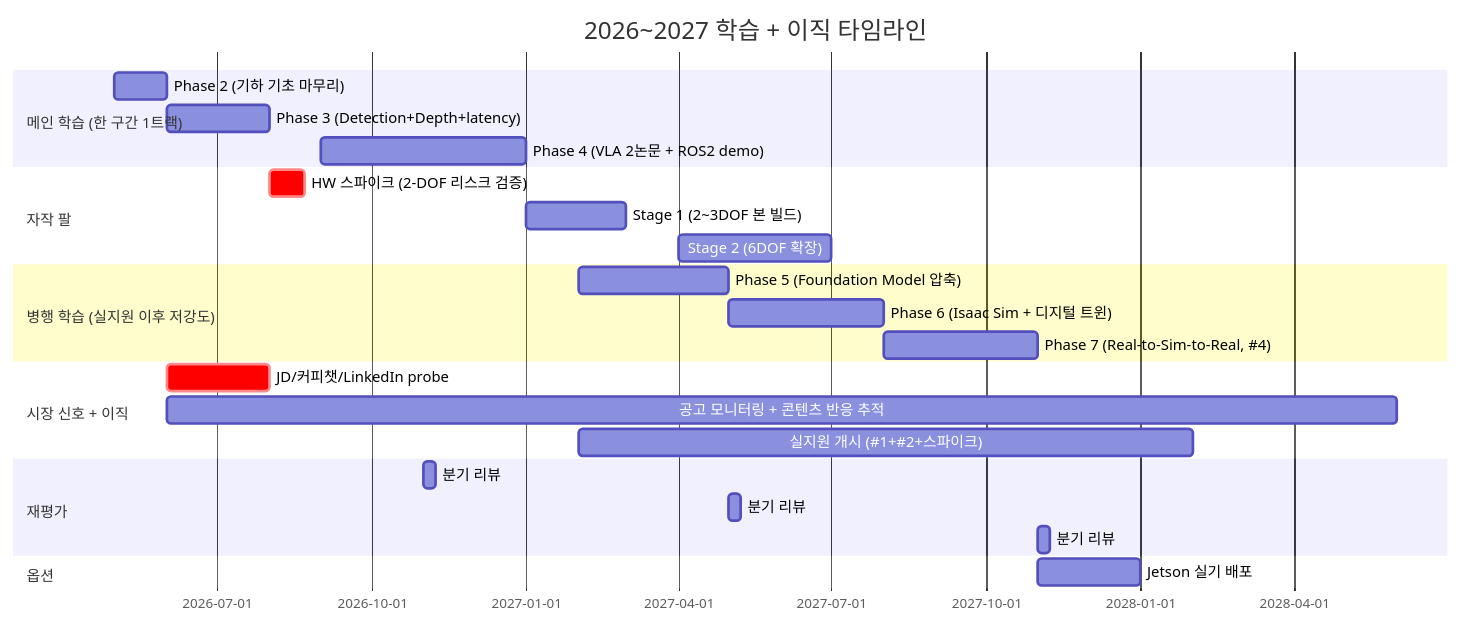
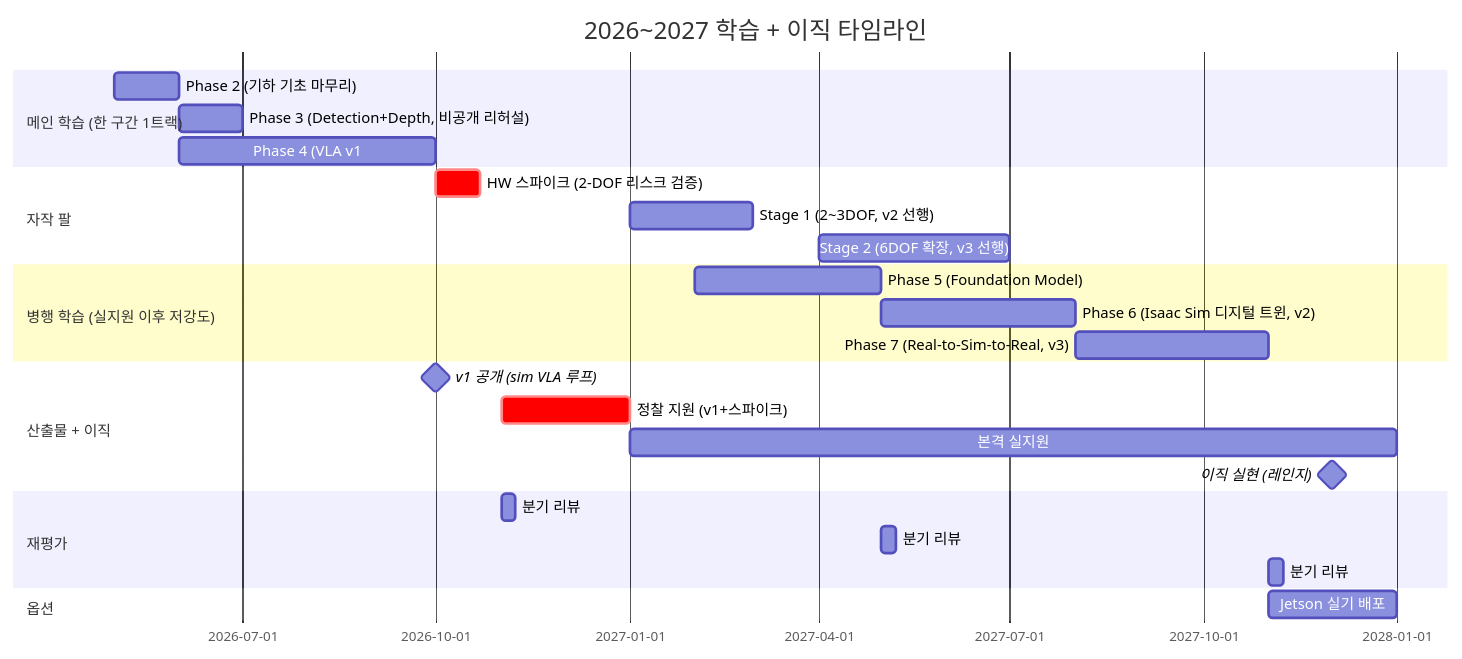
Before and after one commit to tylee-yeonge/physical-ai-study: the diagram in README.md, drawn with Mermaid. The commit also changed other lines of this file and 68 other files, not shown here.

First line of the commit message:
docs: pivot deliverables to VLA v1/v2/v3 and pull Phase 4 forward

````diff
--- a/README.md
+++ b/README.md
@@ -29,27 +29,28 @@
 ```mermaid
 gantt
     title 2026~2027 학습 + 이직 타임라인
     dateFormat YYYY-MM
     section 메인 학습 (한 구간 1트랙)
     Phase 2 (기하 기초 마무리) :a1, 2026-05, 1M
-    Phase 3 (Detection+Depth+latency) :a2, after a1, 2M
-    Phase 4 (VLA 2논문 + ROS2 demo) :a3, 2026-09, 4M
+    Phase 3 (Detection+Depth, 비공개 리허설) :a2, 2026-06, 1M
+    Phase 4 (VLA v1: zero-shot 추론 + ROS2) :a3, 2026-06, 4M
     section 자작 팔
-    HW 스파이크 (2-DOF 리스크 검증) :crit, h0, 2026-08, 3w
-    Stage 1 (2~3DOF 본 빌드) :h1, 2027-01, 2M
-    Stage 2 (6DOF 확장) :h2, 2027-04, 3M
+    HW 스파이크 (2-DOF 리스크 검증) :crit, h0, 2026-10, 3w
+    Stage 1 (2~3DOF, v2 선행) :h1, 2027-01, 2M
+    Stage 2 (6DOF 확장, v3 선행) :h2, 2027-04, 3M
     section 병행 학습 (실지원 이후 저강도)
-    Phase 5 (Foundation Model 압축) :a4, 2027-02, 3M
-    Phase 6 (Isaac Sim + 디지털 트윈) :a5, 2027-05, 3M
-    Phase 7 (Real-to-Sim-to-Real, #4) :a6, 2027-08, 3M
-    section 시장 신호 + 이직
-    JD/커피챗/LinkedIn probe :crit, sig, 2026-06, 2M
-    공고 모니터링 + 콘텐츠 반응 추적 :info, 2026-06, 24M
-    실지원 개시 (#1+#2+스파이크) :b2, 2027-02, 12M
+    Phase 5 (Foundation Model) :a4, 2027-02, 3M
+    Phase 6 (Isaac Sim 디지털 트윈, v2) :a5, 2027-05, 3M
+    Phase 7 (Real-to-Sim-to-Real, v3) :a6, 2027-08, 3M
+    section 산출물 + 이직
+    v1 공개 (sim VLA 루프) :milestone, d1, 2026-10, 0d
+    정찰 지원 (v1+스파이크) :crit, sig, 2026-11, 2M
+    본격 실지원 :b2, 2027-01, 12M
+    이직 실현 (레인지) :milestone, d2, 2027-12, 0d
     section 재평가
     분기 리뷰 :rev1, 2026-11, 1w
     분기 리뷰 :rev2, 2027-05, 1w
     분기 리뷰 :rev3, 2027-11, 1w
     section 옵션
     Jetson 실기 배포 :opt, 2027-11, 2M
 ```
````
